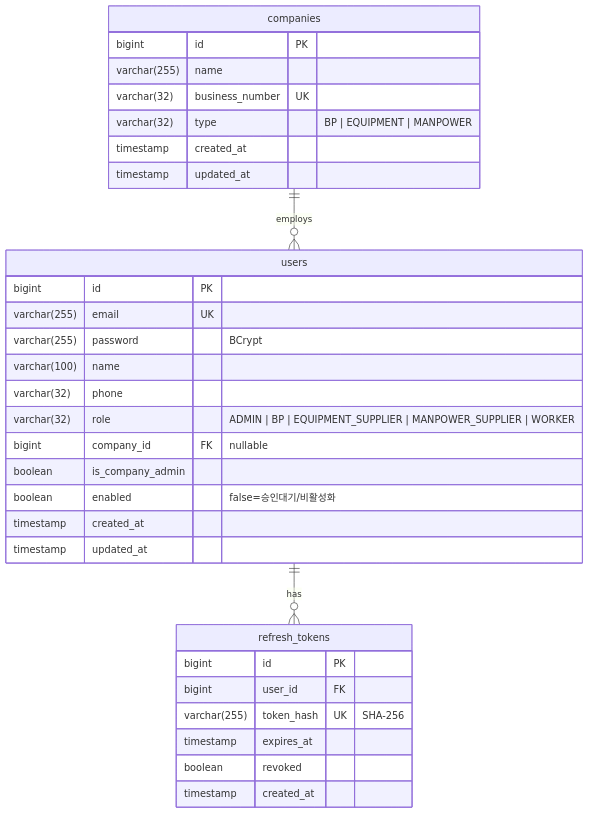
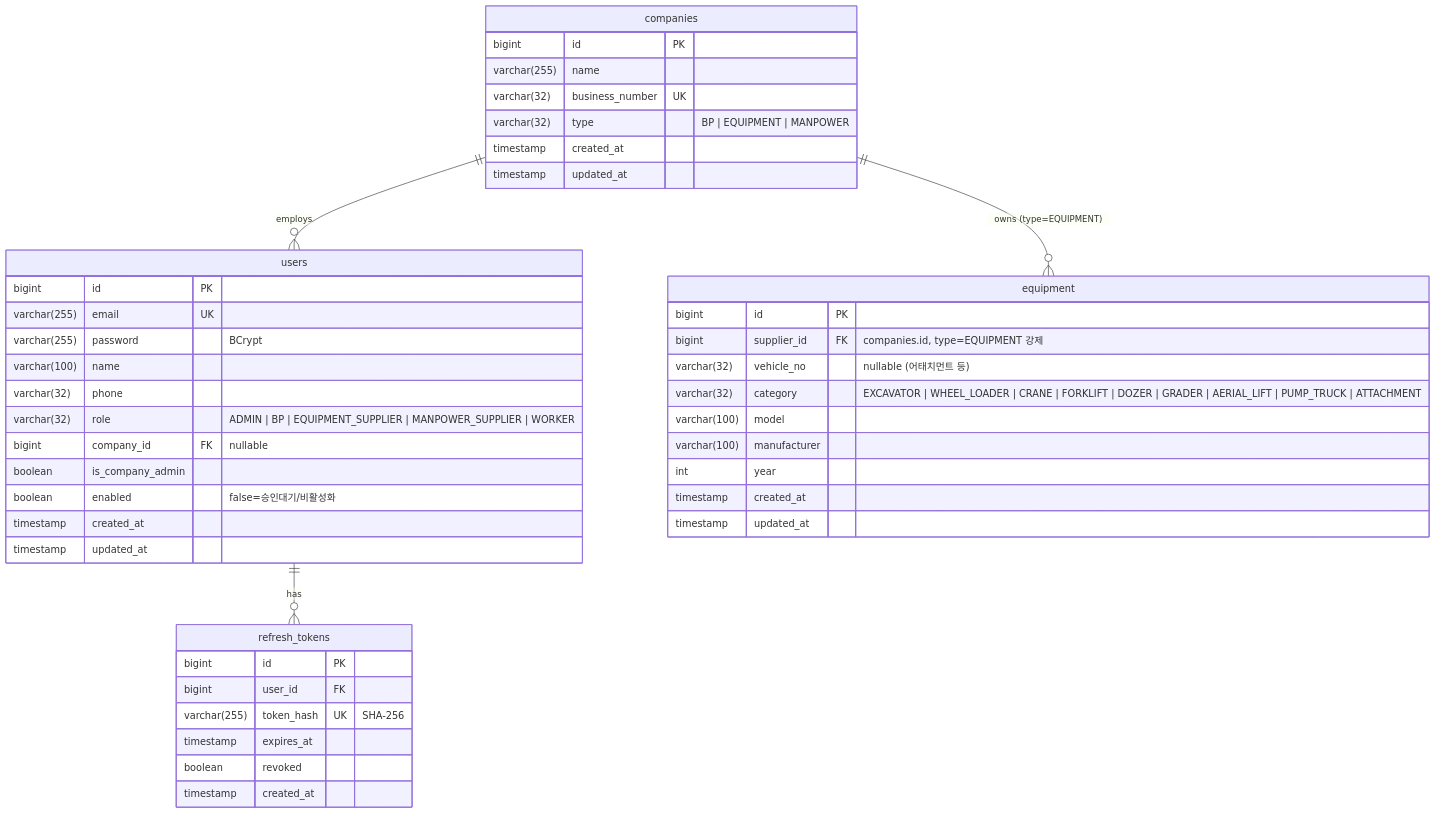
Before and after one commit to cho-y-j/ep: the first of 2 diagrams in docs/ERD.md, drawn with Mermaid. The commit also changed other lines of this file and 19 other files, not shown here.

````diff
--- a/docs/ERD.md
+++ b/docs/ERD.md
@@ -10,37 +10,50 @@
 ```mermaid
 erDiagram
     users ||--o{ refresh_tokens : "has"
     companies ||--o{ users : "employs"
+    companies ||--o{ equipment : "owns (type=EQUIPMENT)"
 
     companies {
         bigint id PK
         varchar(255) name
         varchar(32) business_number UK
         varchar(32) type "BP | EQUIPMENT | MANPOWER"
         timestamp created_at
         timestamp updated_at
     }
 
     users {
         bigint id PK
         varchar(255) email UK
         varchar(255) password "BCrypt"
         varchar(100) name
         varchar(32) phone
         varchar(32) role "ADMIN | BP | EQUIPMENT_SUPPLIER | MANPOWER_SUPPLIER | WORKER"
         bigint company_id FK "nullable"
         boolean is_company_admin
         boolean enabled "false=승인대기/비활성화"
         timestamp created_at
         timestamp updated_at
     }
 
     refresh_tokens {
         bigint id PK
         bigint user_id FK
         varchar(255) token_hash UK "SHA-256"
         timestamp expires_at
         boolean revoked
         timestamp created_at
     }
+
+    equipment {
+        bigint id PK
+        bigint supplier_id FK "companies.id, type=EQUIPMENT 강제"
+        varchar(32) vehicle_no "nullable (어태치먼트 등)"
+        varchar(32) category "EXCAVATOR | WHEEL_LOADER | CRANE | FORKLIFT | DOZER | GRADER | AERIAL_LIFT | PUMP_TRUCK | ATTACHMENT"
+        varchar(100) model
+        varchar(100) manufacturer
+        int year
+        timestamp created_at
+        timestamp updated_at
+    }
 ```
````
